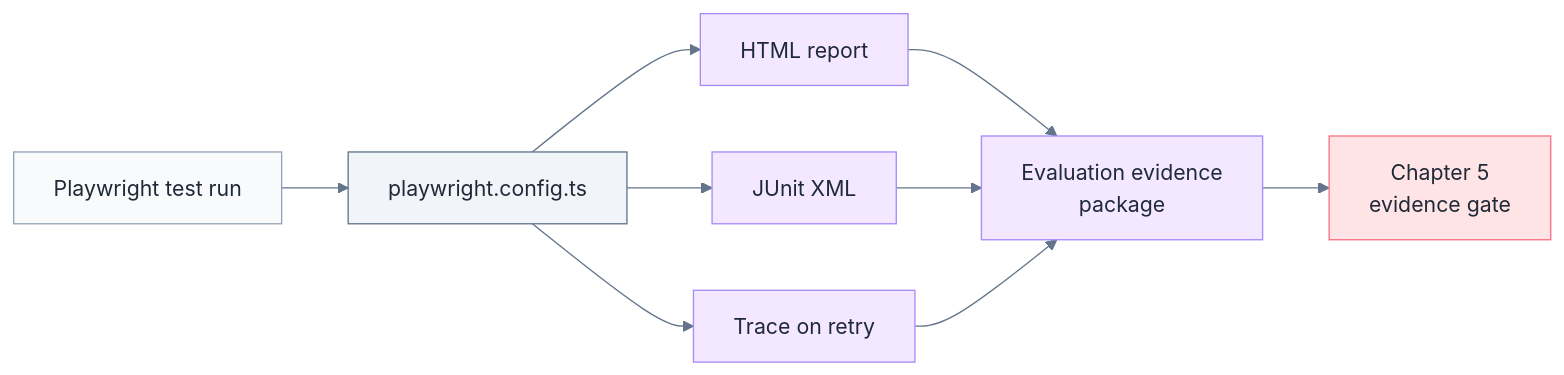
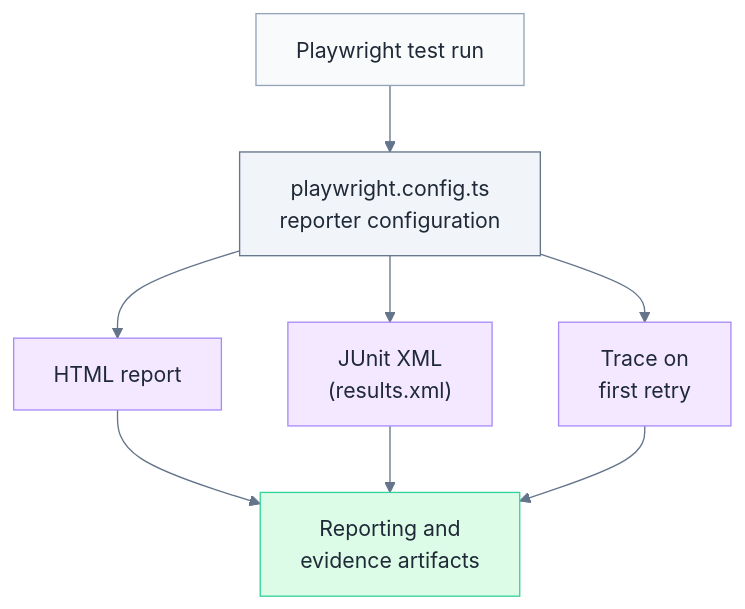
Before and after one commit to LeTiepTuyen/UI-API-Automation-Testing-Framework-Playwright: the diagram in docs/thesis-workspace/assets/diagrams/src/playwright-reporting-pipeline.mmd, drawn with Mermaid. The commit also changed 155 other files, not shown here.

```diff
--- a/docs/thesis-workspace/assets/diagrams/src/playwright-reporting-pipeline.mmd
+++ b/docs/thesis-workspace/assets/diagrams/src/playwright-reporting-pipeline.mmd
@@ -1,28 +1,26 @@
 %%{init: {"theme": "base", "themeVariables": {"fontFamily": "Arial, sans-serif", "primaryTextColor": "#1F2937", "lineColor": "#64748B", "clusterBkg": "#FFFFFF", "clusterBorder": "#CBD5E1"}}}%%
-flowchart LR
+flowchart TB
     Run["Playwright test run"]
-    Config["playwright.config.ts"]
+    Config["playwright.config.ts<br/>reporter configuration"]
     HTML["HTML report"]
-    JUnit["JUnit XML"]
-    Trace["Trace on retry"]
-    Evidence["Evaluation evidence<br/>package"]
-    Gate["Chapter 5<br/>evidence gate"]
+    JUnit["JUnit XML<br/>(results.xml)"]
+    Trace["Trace on<br/>first retry"]
+    Evidence["Reporting and<br/>evidence artifacts"]
 
     Run --> Config
     Config --> HTML
     Config --> JUnit
     Config --> Trace
     HTML --> Evidence
     JUnit --> Evidence
     Trace --> Evidence
-    Evidence --> Gate
 
     classDef entry fill:#F8FAFC,stroke:#94A3B8,color:#1F2937
     classDef core fill:#F1F5F9,stroke:#64748B,color:#1F2937
     classDef report fill:#F3E8FF,stroke:#A78BFA,color:#1F2937
-    classDef risk fill:#FFE4E6,stroke:#FB7185,color:#1F2937
+    classDef output fill:#DCFCE7,stroke:#34D399,color:#1F2937
 
     class Run entry
     class Config core
-    class HTML,JUnit,Trace,Evidence report
-    class Gate risk
+    class HTML,JUnit,Trace report
+    class Evidence output
```
